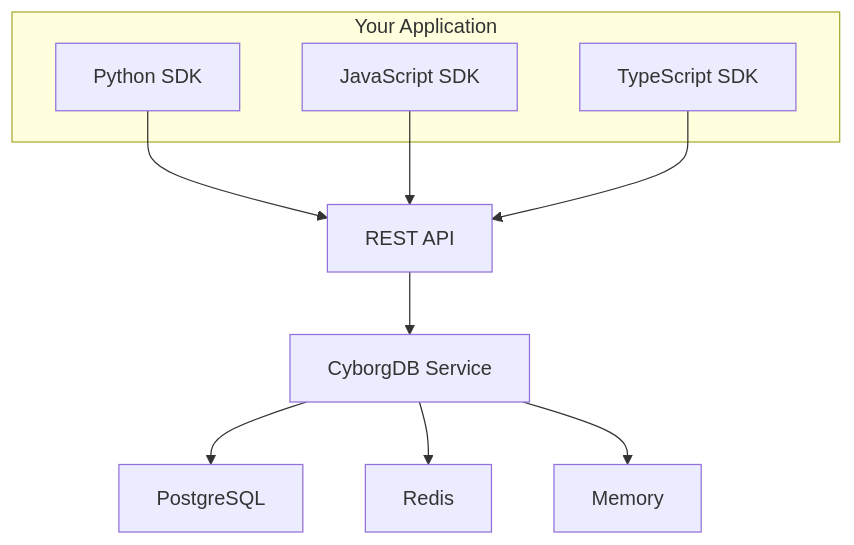
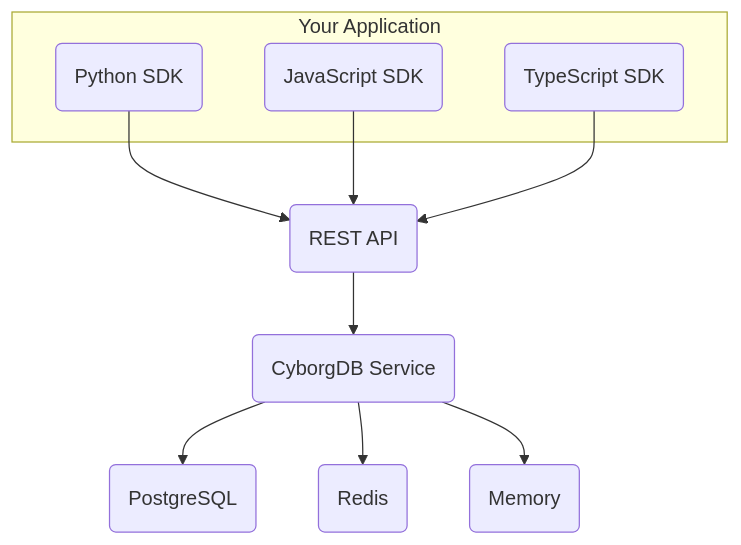
One commit to cyborginc/cyborgdb-docs changed the diagram in versions/v0.11.x/service/guides/intro/about.mdx. Above: the diagram before and after it, drawn with Mermaid. The commit also changed 6 other files, not shown here.

````diff
--- a/versions/v0.11.x/service/guides/intro/about.mdx
+++ b/versions/v0.11.x/service/guides/intro/about.mdx
@@ -104,23 +104,23 @@
 ```mermaid
 flowchart TB
   subgraph Your_Applications [Your Application]
-    PythonSDK["Python SDK"]
-    JSSDK["JavaScript SDK"]
-    TSSDK["TypeScript SDK"]
+    PythonSDK("Python SDK")
+    JSSDK("JavaScript SDK")
+    TSSDK("TypeScript SDK")
   end
 
   PythonSDK --> RESTAPI
   JSSDK --> RESTAPI
   TSSDK --> RESTAPI
 
-  RESTAPI["REST API"]
-  RESTAPI --> CyborgDB["CyborgDB Service"]
+  RESTAPI("REST API")
+  RESTAPI --> CyborgDB("CyborgDB Service")
 
   CyborgDB --> PostgreSQL
   CyborgDB --> Redis
   CyborgDB --> Memory
 
-  PostgreSQL["PostgreSQL"]
-  Redis["Redis"]
-  Memory["Memory"]
+  PostgreSQL("PostgreSQL")
+  Redis("Redis")
+  Memory("Memory")
 ```
````
